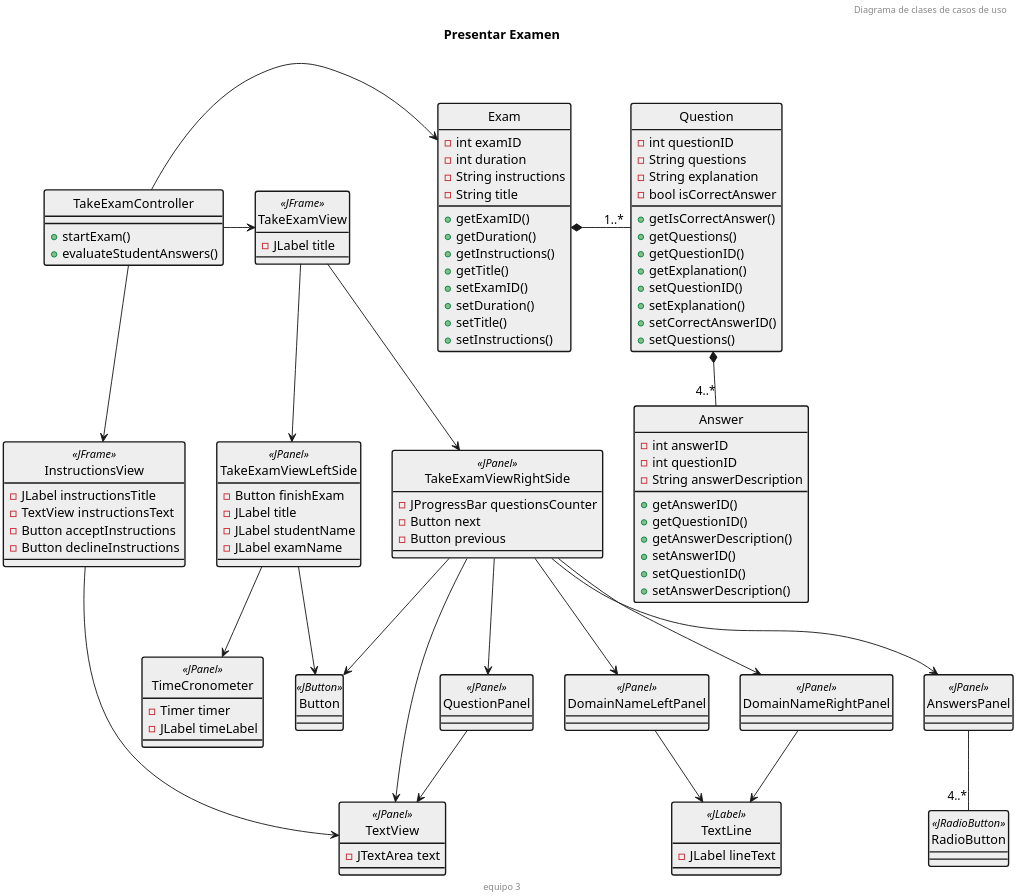
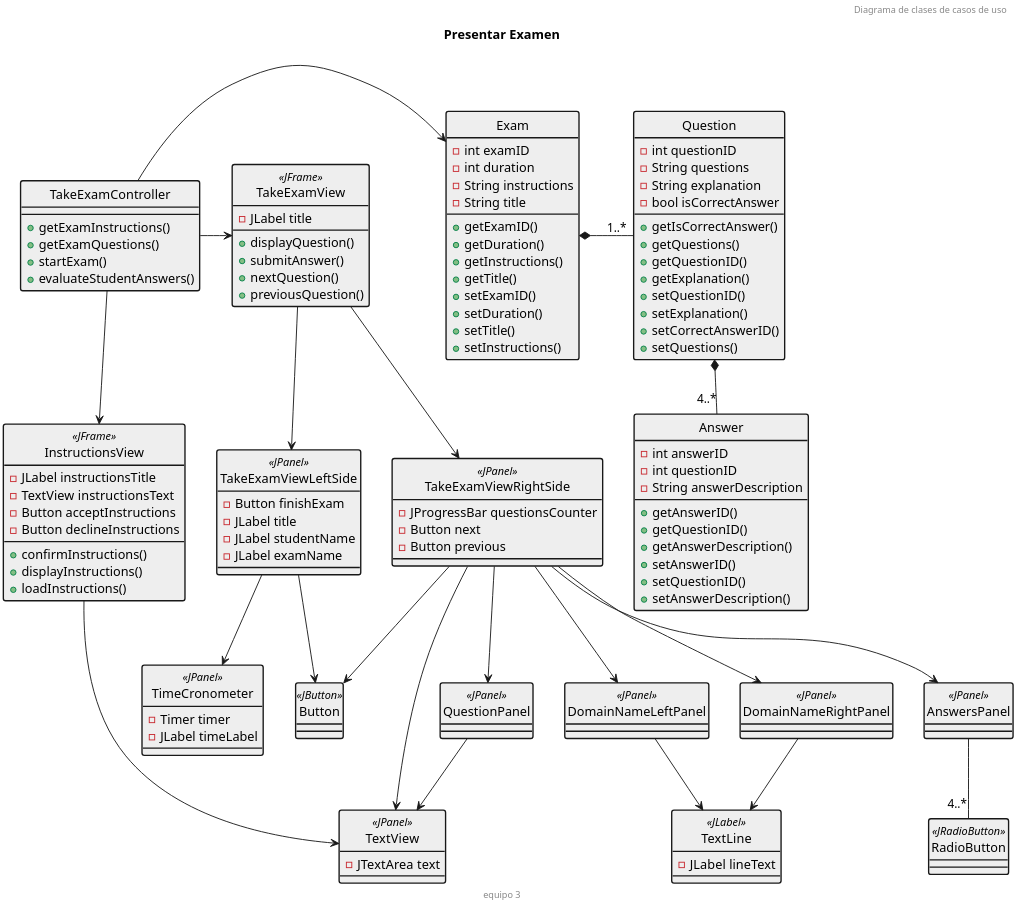
The diagram in diagramaClasesDeDiseño.plantuml (febres35/EdTech_IS), drawn with PlantUML before and after one commit. The commit also changed 1 other file, not shown here.

```diff
--- a/diagramaClasesDeDiseño.plantuml
+++ b/diagramaClasesDeDiseño.plantuml
@@ -1,138 +1,147 @@
 @startuml "Diagrama de clases"
 header Diagrama de clases de casos de uso
 title  Presentar Examen 
 footer equipo 3
 
 skinparam style strictuml
 skinparam ClassBackGroundColor EEEEEE
 skinparam ClassBorderThickness 1.5
 skinparam dpi 300
 
 class InstructionsView <<JFrame>>{
     -JLabel instructionsTitle
     -TextView instructionsText
     -Button acceptInstructions
     -Button declineInstructions
+    +confirmInstructions()
+    +displayInstructions()
+    +loadInstructions()
 }
 
 class Button <<JButton>>{
 }
 
 class RadioButton <<JRadioButton>>{    
 }
 
 class TextView <<JPanel>>{
     -JTextArea text
 }
 
 class TextLine <<JLabel>>{
     -JLabel lineText
 }
 
 class TakeExamController{    
+    +getExamInstructions()
+    +getExamQuestions()
     +startExam()
     +evaluateStudentAnswers()
 }
 
 class TakeExamView <<JFrame>>{ 
     -JLabel title   
+    +displayQuestion()
+    +submitAnswer()
+    +nextQuestion()
+    +previousQuestion()
 }
 
 class TakeExamViewLeftSide <<JPanel>>{
     -Button finishExam
     -JLabel title
     -JLabel studentName
     -JLabel examName
 
 }
 
 class TimeCronometer <<JPanel>>{
     -Timer timer
     -JLabel timeLabel
 }
 
 class TakeExamViewRightSide <<JPanel>>{
     -JProgressBar questionsCounter
     -Button next
     -Button previous
 }
 
 class DomainNameLeftPanel<<JPanel>>{
 }
 
 class DomainNameRightPanel<<JPanel>>{
 }
 
 class QuestionPanel <<JPanel>>{
     
 }
 
 class AnswersPanel <<JPanel>>{
 
 }
 
 class Exam{
     -int examID
     -int duration
     -String instructions
     -String title
     +getExamID()
     +getDuration()
     +getInstructions()
     +getTitle()
     +setExamID()
     +setDuration()
     +setTitle()
     +setInstructions()
 }
 
 class Question{
     -int questionID
     -String questions
     -String explanation
     -bool isCorrectAnswer
     +getIsCorrectAnswer()
     +getQuestions()
     +getQuestionID()
     +getExplanation()
     +setQuestionID()
     +setExplanation()
     +setCorrectAnswerID()
     +setQuestions()
 }
 
 class Answer{
     -int answerID
     -int questionID
     -String answerDescription
     +getAnswerID()
     +getQuestionID()
     +getAnswerDescription()
     +setAnswerID()
     +setQuestionID()
     +setAnswerDescription() 
 }
 
 TakeExamController->Exam
 TakeExamController-down->InstructionsView
 InstructionsView-->TextView
 TakeExamController->TakeExamView
 TakeExamView-->TakeExamViewLeftSide
 TakeExamView-->TakeExamViewRightSide
 TakeExamViewRightSide-->TextView
 TakeExamViewRightSide-->QuestionPanel
 TakeExamViewRightSide-->AnswersPanel
 TakeExamViewRightSide-->DomainNameLeftPanel
 TakeExamViewRightSide-->DomainNameRightPanel
 TakeExamViewRightSide-->Button
 TakeExamViewLeftSide-->Button
 TakeExamViewLeftSide-->TimeCronometer
 DomainNameLeftPanel-->TextLine
 DomainNameRightPanel-->TextLine
 QuestionPanel-->TextView
 AnswersPanel--"4..*"RadioButton
 Exam *- "1..*" Question
 Question *-down- "4..*" Answer
 
 
 @enduml
```
